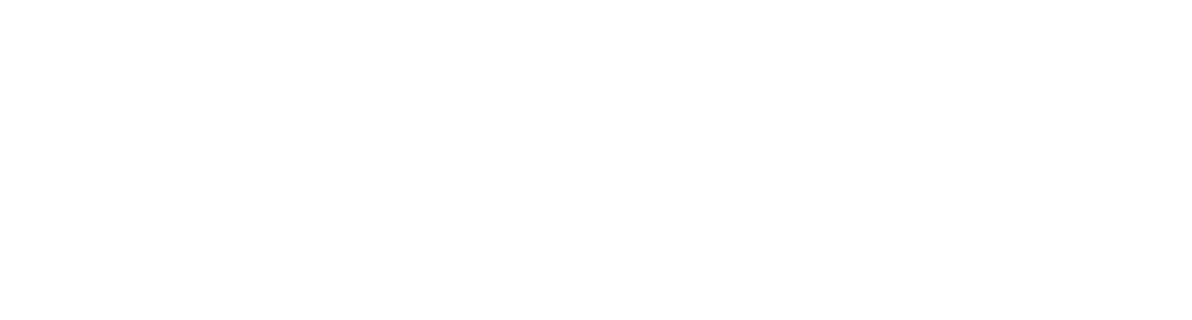
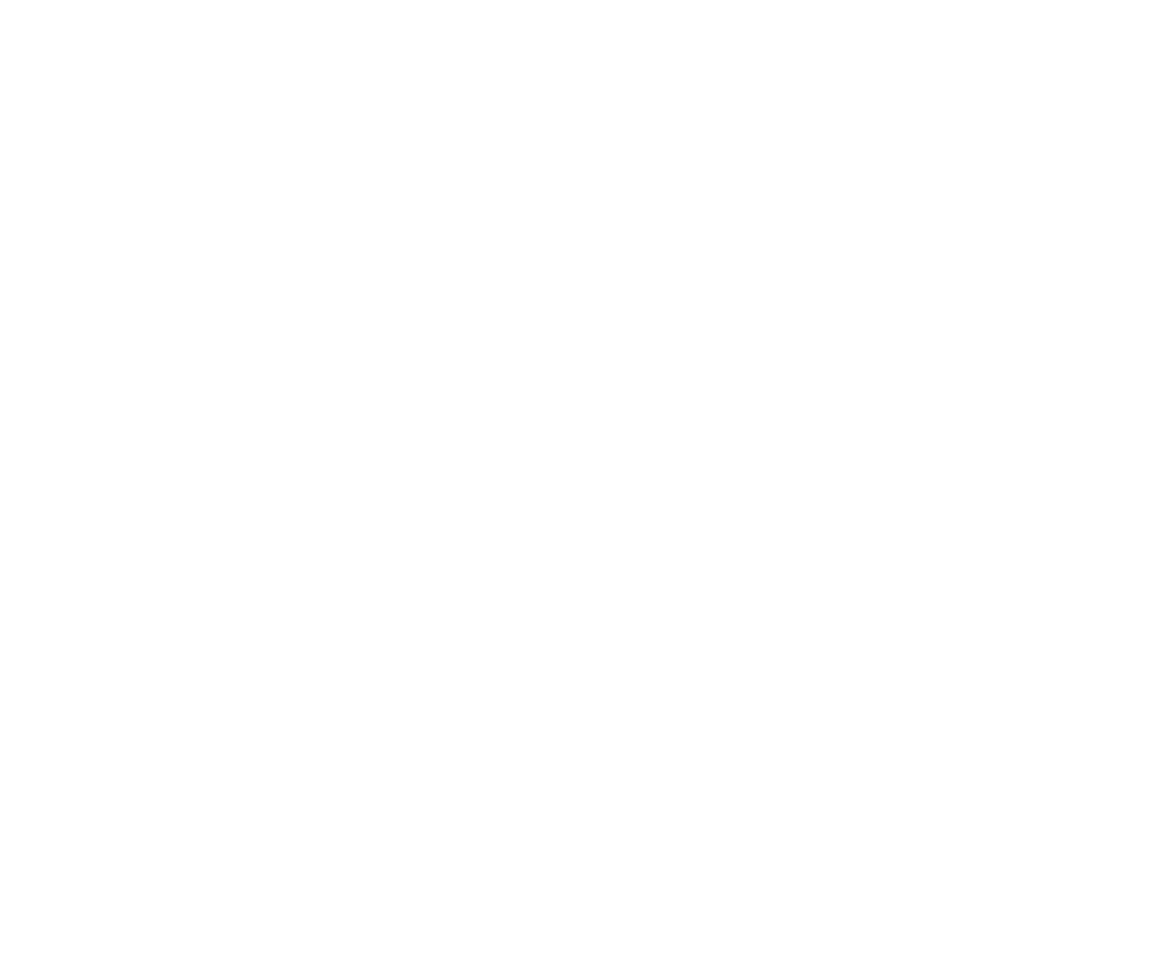
Before and after one commit to rust-lang/book: the diagram in dot/trpl17-07.dot, drawn with Graphviz. The commit also changed 10 other files, not shown here.

Commit message:
Ch. 17: create a diagram showing blocked parallelism

```diff
--- a/dot/trpl17-07.dot
+++ b/dot/trpl17-07.dot
@@ -1,39 +1,64 @@
 digraph {
    rankdir = LR;
-   overlap = false;
+   newrank = true;
    dpi = 300.0;
-   splines = false;
-   cluster = true;
-   newrank = true;
-   outputorder = in;
-   compound = true;
-   labelloc = "c";
    
    node [shape = "plaintext";];
    
-   pinned_box [label = <<table border="0" cellborder="1" cellspacing="0">
-      <tr><td sides="B">Pin</td></tr>
-      <tr><td port="source"> </td></tr>
-      </table>>;];
    
-   
-   subgraph cluster_deref {
-      style = dashed;
-      label = "String";
+   subgraph cluster_not_fut {
+      peripheries = 0;
       
-      pin [shape = "point";];
+      pin [label = <<table border="0" cellborder="1" cellspacing="0">
+         <tr><td sides="B">Pin</td></tr>
+         <tr><td port="source"> </td></tr>
+         </table>>;];
+      
+      subgraph cluster_boxes {
+         peripheries = 0;
+         rank = same;
+         
+         subgraph cluster_box_1 {
+            subgraph cluster_box_2_internal {
+               label = "b1";
+               shape = box;
+               style = solid;
+               style = filled;
+               peripheries = 1;
+               box1 [shape = "point";style = "invis";];
+            }
+         }
+         
+         subgraph cluster_box_2 {
+            subgraph cluster_box_2_internal {
+               label = "b2";
+               shape = box;
+               style = solid;
+               peripheries = 1;
+               box2 [shape = "point";];
+            }
+         }
+      }
+   }
+   subgraph cluster_target {
+      style = bold;
+      label = "pinned";
       
       fut [label = <<table border="0" cellborder="1" cellspacing="0">
-         <tr><td port="target">5usize</td>
-         <td>h</td>
-         <td>e</td>
-         <td>l</td>
-         <td>l</td>
-         <td>o</td></tr>
+         <tr><td sides="B">fut</td></tr>
+         <tr><td port="target">0</td></tr>
+         <tr><td port="source"> </td></tr>
+         <tr><td style="dashed">...</td></tr>
+         <tr><td port="internal">1</td></tr>
          </table>>;];
    }
    
+   
+   box1 -> box2 [rankdir = TB; style = invis;];
+   
    edge [tailclip = false;];
-   pinned_box -> pin [tailport = "source:c"; arrowhead = "none";];
-   pin -> fut [headport = "target";];
+   pin -> box1 [style = "invis";];
+   pin -> box2 [tailport = "source:c"; arrowhead = "none";];
+   box2 -> fut [headport = "target";];
+   fut -> fut [tailport = "source:c"; headport = "internal";];
 }
```
